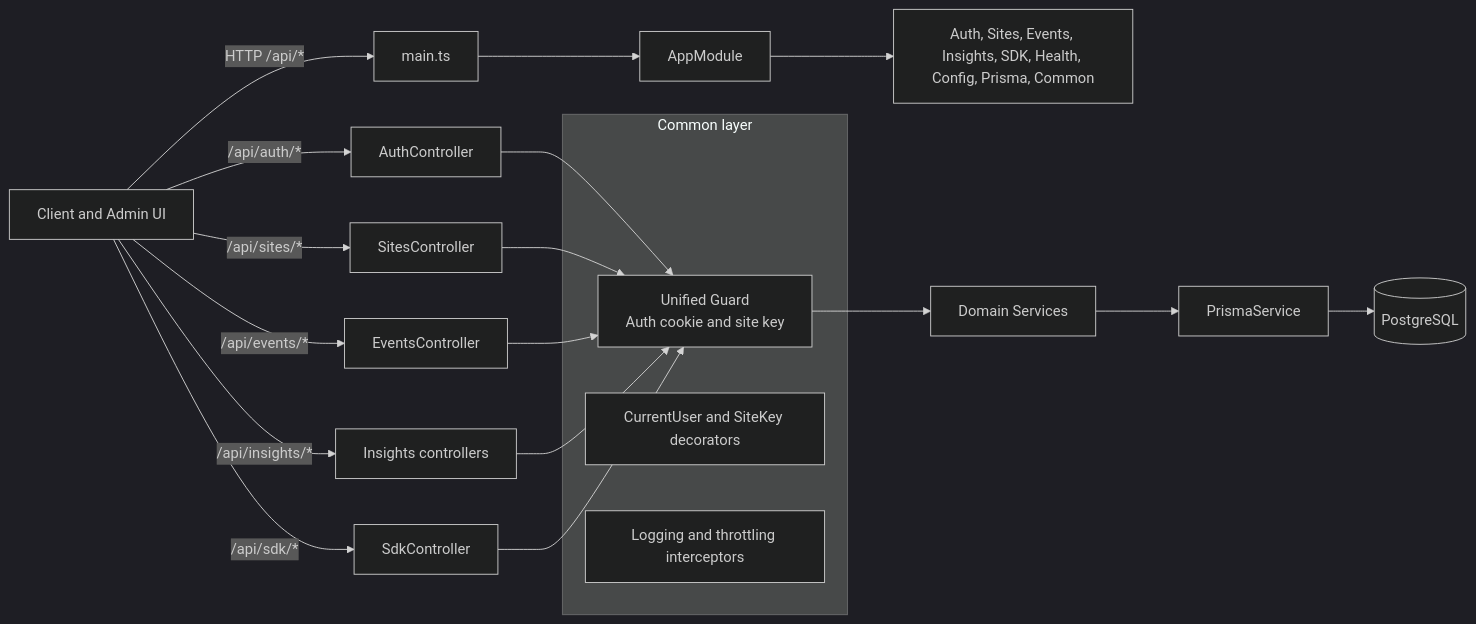
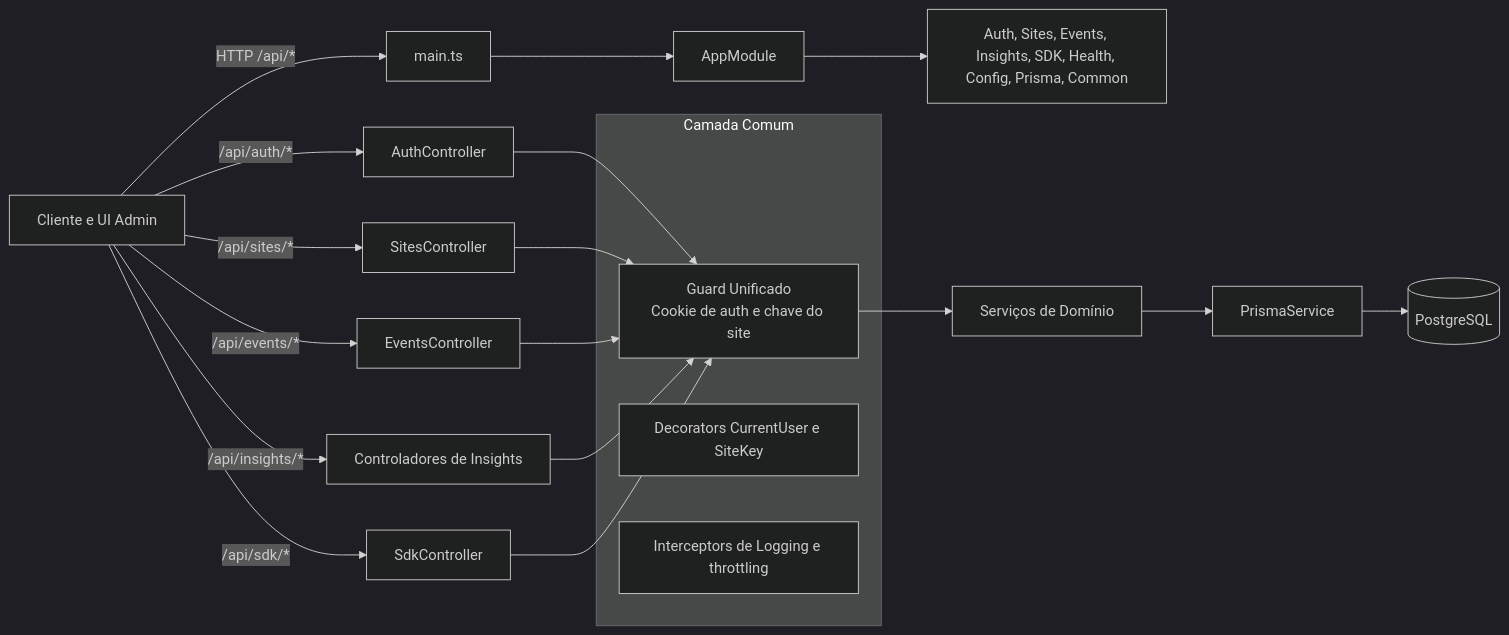
Before and after one commit to matheuscastroks/projeto-tfc: the first of 3 diagrams in back/README.md, drawn with Mermaid (dark theme). The commit also changed other lines of this file and 4 other files, not shown here.

````diff
--- a/back/README.md
+++ b/back/README.md
@@ -109,28 +109,28 @@
 ```mermaid
 flowchart LR
-  Client[Client and Admin UI] -->|HTTP /api/*| Main[main.ts]
+  Client[Cliente e UI Admin] -->|HTTP /api/*| Main[main.ts]
   Main --> AppModule[AppModule]
   AppModule --> Modules[Auth, Sites, Events, Insights, SDK, Health, Config, Prisma, Common]
 
   Client -->|/api/auth/*| AuthController[AuthController]
   Client -->|/api/sites/*| SitesController[SitesController]
   Client -->|/api/events/*| EventsController[EventsController]
-  Client -->|/api/insights/*| InsightsController[Insights controllers]
+  Client -->|/api/insights/*| InsightsController[Controladores de Insights]
   Client -->|/api/sdk/*| SdkController[SdkController]
 
-  subgraph Common[Common layer]
-    Guards[Unified Guard\nAuth cookie and site key]
-    Decorators[CurrentUser and SiteKey decorators]
-    Interceptors[Logging and throttling interceptors]
+  subgraph Common[Camada Comum]
+    Guards[Guard Unificado\nCookie de auth e chave do site]
+    Decorators[Decorators CurrentUser e SiteKey]
+    Interceptors[Interceptors de Logging e throttling]
   end
 
   AuthController --> Guards
   SitesController --> Guards
   EventsController --> Guards
   InsightsController --> Guards
   SdkController --> Guards
 
-  Guards --> Services[Domain Services]
+  Guards --> Services[Serviços de Domínio]
   Services --> Prisma[PrismaService]
   Prisma --> DB[(PostgreSQL)]
 ```
````
